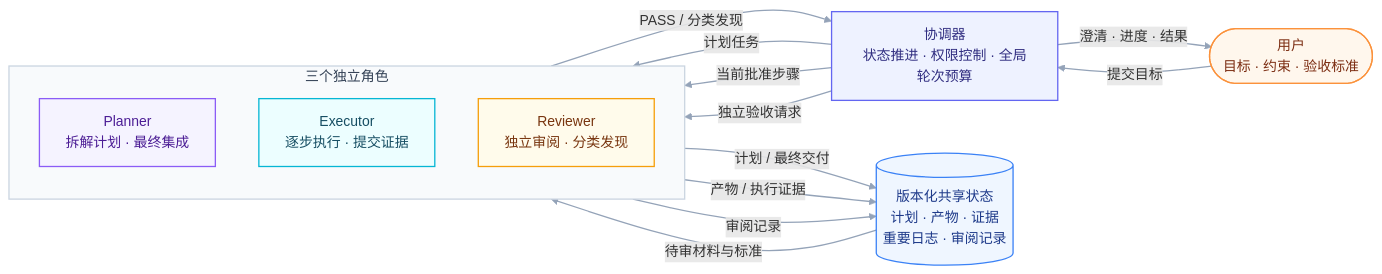
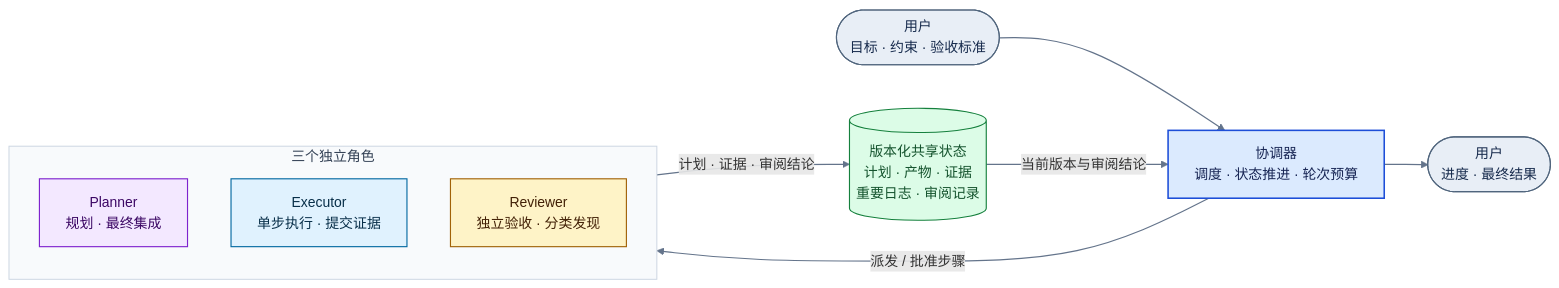
One commit to tsf040628-png/closed-loop-subagents changed the first of 2 diagrams in README.md. Above: the diagram before and after it, drawn with Mermaid. The commit also changed other lines of this file, not shown here.

Commit message:
docs: simplify README Mermaid diagrams

````diff
--- a/README.md
+++ b/README.md
@@ -20,35 +20,31 @@
 ```mermaid
 flowchart LR
-    USER(["用户<br/>目标 · 约束 · 验收标准"]):::user
-    COORD["协调器<br/>状态推进 · 权限控制 · 全局轮次预算"]:::coord
+    %% 角色职责与版本化状态的读写关系
+    START(["用户<br/>目标 · 约束 · 验收标准"]):::user
+    COORD["协调器<br/>调度 · 状态推进 · 轮次预算"]:::coord
 
     subgraph ROLES["三个独立角色"]
         direction TB
-        PLANNER["Planner<br/>拆解计划 · 最终集成"]:::planner
-        EXECUTOR["Executor<br/>逐步执行 · 提交证据"]:::executor
-        REVIEWER["Reviewer<br/>独立审阅 · 分类发现"]:::reviewer
+        PLANNER["Planner<br/>规划 · 最终集成"]:::planner
+        EXECUTOR["Executor<br/>单步执行 · 提交证据"]:::executor
+        REVIEWER["Reviewer<br/>独立验收 · 分类发现"]:::reviewer
     end
 
     STATE[("版本化共享状态<br/>计划 · 产物 · 证据<br/>重要日志 · 审阅记录")]:::state
+    RESULT(["用户<br/>进度 · 最终结果"]):::user
 
-    USER -->|提交目标| COORD
-    COORD -->|计划任务| PLANNER
-    COORD -->|当前批准步骤| EXECUTOR
-    COORD -->|独立验收请求| REVIEWER
+    START --> COORD
+    COORD -->|派发 / 批准步骤| ROLES
+    ROLES -->|计划 · 证据 · 审阅结论| STATE
+    STATE -->|当前版本与审阅结论| COORD
+    COORD --> RESULT
 
-    PLANNER -->|计划 / 最终交付| STATE
-    EXECUTOR -->|产物 / 执行证据| STATE
-    STATE -->|待审材料与标准| REVIEWER
-    REVIEWER -->|审阅记录| STATE
-    REVIEWER -->|PASS / 分类发现| COORD
-    COORD -->|澄清 · 进度 · 结果| USER
-
-    classDef user fill:#fff7ed,stroke:#fb923c,color:#7c2d12,stroke-width:1.5px;
-    classDef coord fill:#eef2ff,stroke:#6366f1,color:#312e81,stroke-width:1.5px;
-    classDef planner fill:#f5f3ff,stroke:#8b5cf6,color:#4c1d95,stroke-width:1.5px;
-    classDef executor fill:#ecfeff,stroke:#06b6d4,color:#164e63,stroke-width:1.5px;
-    classDef reviewer fill:#fffbeb,stroke:#f59e0b,color:#78350f,stroke-width:1.5px;
-    classDef state fill:#eff6ff,stroke:#3b82f6,color:#1e3a8a,stroke-width:1.5px;
-    style ROLES fill:#f8fafc,stroke:#cbd5e1,stroke-width:1.5px,color:#334155
-    linkStyle default stroke:#94a3b8,stroke-width:1.5px
+    classDef user fill:#e8eef6,stroke:#50657d,color:#172b4d,stroke-width:1.3px;
+    classDef coord fill:#dbeafe,stroke:#1d4ed8,color:#172554,stroke-width:1.8px;
+    classDef planner fill:#f3e8ff,stroke:#7e22ce,color:#3b0764,stroke-width:1.3px;
+    classDef executor fill:#e0f2fe,stroke:#0369a1,color:#082f49,stroke-width:1.3px;
+    classDef reviewer fill:#fef3c7,stroke:#a16207,color:#422006,stroke-width:1.3px;
+    classDef state fill:#dcfce7,stroke:#15803d,color:#14532d,stroke-width:1.3px;
+    style ROLES fill:#f8fafc,stroke:#cbd5e1,stroke-width:1.1px,color:#334155
+    linkStyle default stroke:#64748b,stroke-width:1.4px
 ```
````
